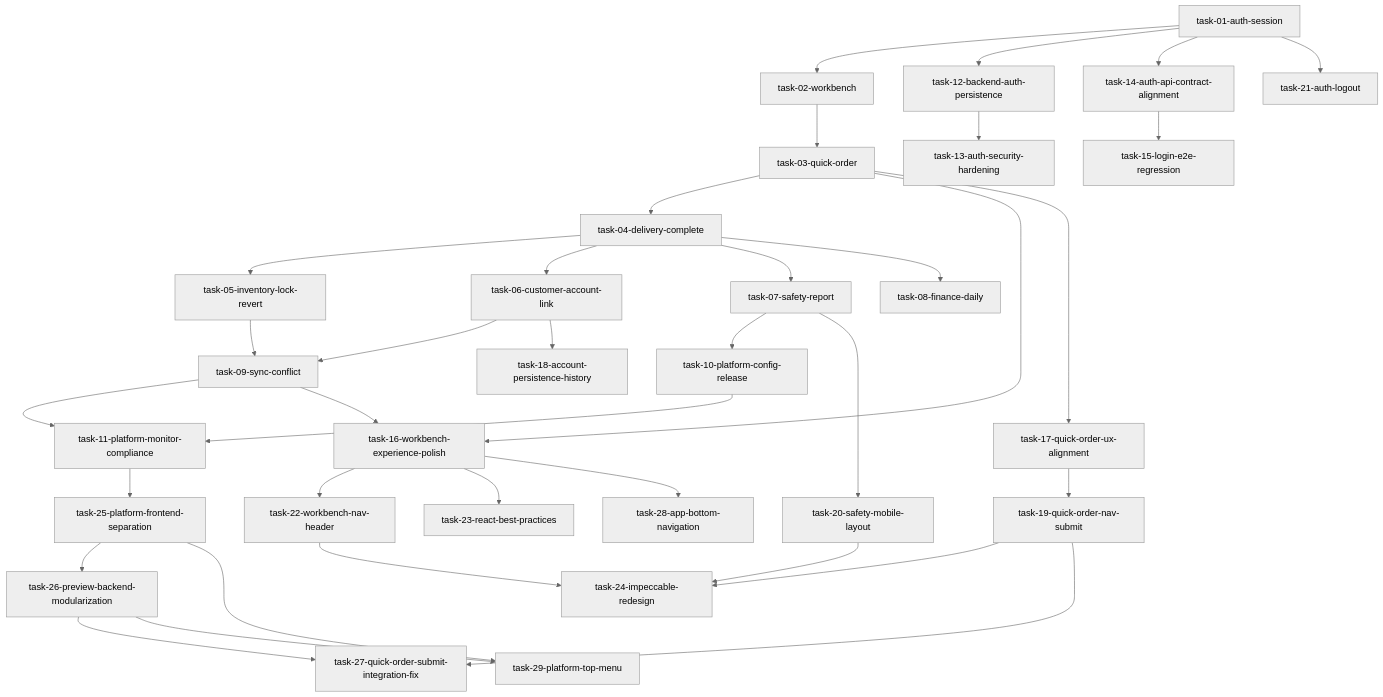
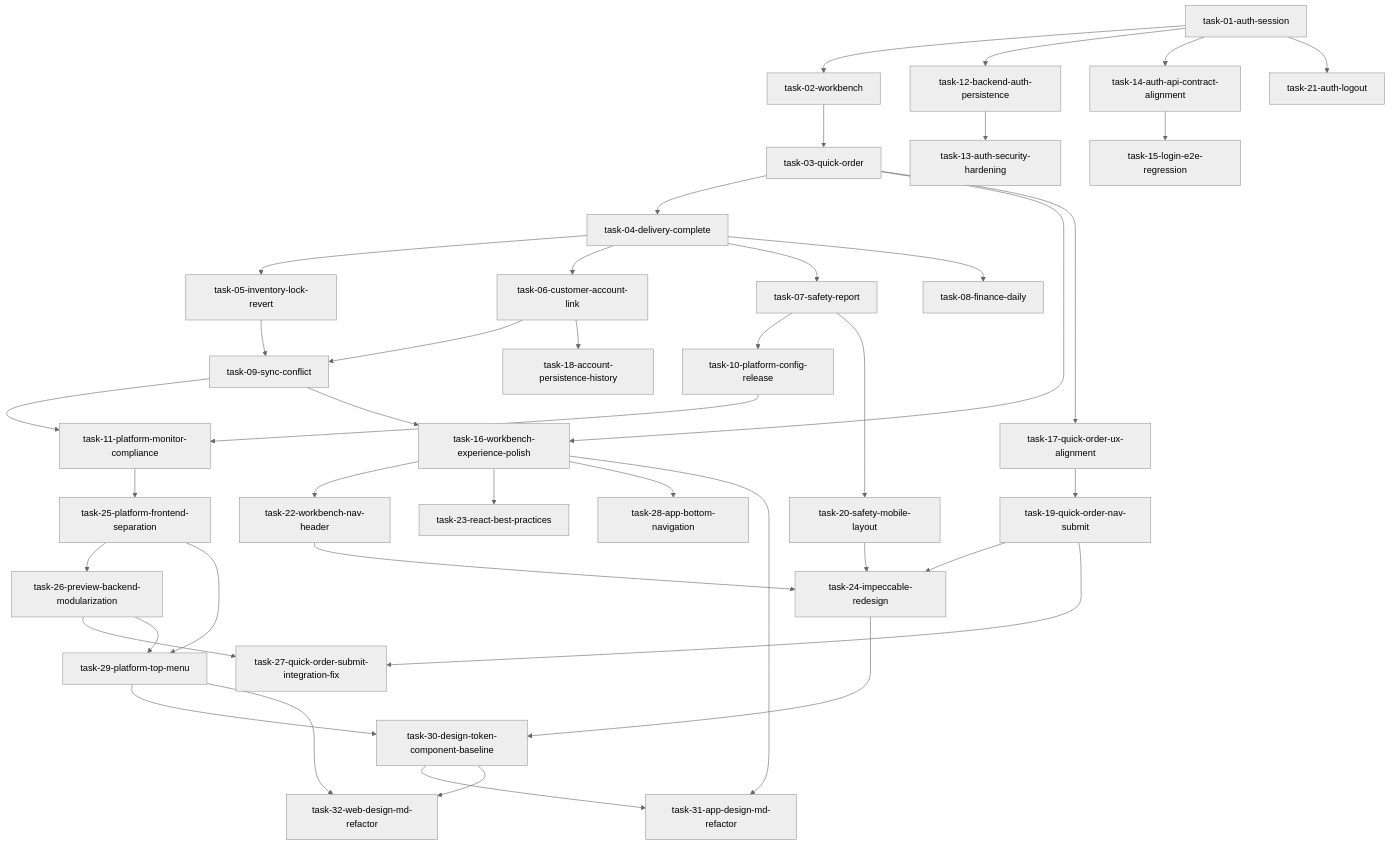
Before and after one commit to PojoZheng/lpg_gas_project: the diagram in .trellis/tasks/feature-task-map.md, drawn with Mermaid (neutral theme). The commit also changed other lines of this file and 3 other files, not shown here.

First line of the commit message:
feat(tasks): add DESIGN.md-driven UI refactor task set

````diff
--- a/.trellis/tasks/feature-task-map.md
+++ b/.trellis/tasks/feature-task-map.md
@@ -30,38 +33,44 @@
 ```mermaid
 flowchart TD
 t01[task-01-auth-session] --> t02[task-02-workbench]
 t02 --> t03[task-03-quick-order]
 t03 --> t04[task-04-delivery-complete]
 t04 --> t05[task-05-inventory-lock-revert]
 t04 --> t06[task-06-customer-account-link]
 t04 --> t07[task-07-safety-report]
 t04 --> t08[task-08-finance-daily]
 t05 --> t09[task-09-sync-conflict]
 t06 --> t09
 t07 --> t10[task-10-platform-config-release]
 t09 --> t11[task-11-platform-monitor-compliance]
 t10 --> t11
 t01 --> t12[task-12-backend-auth-persistence]
 t12 --> t13[task-13-auth-security-hardening]
 t01 --> t14[task-14-auth-api-contract-alignment]
 t14 --> t15[task-15-login-e2e-regression]
 t03 --> t16[task-16-workbench-experience-polish]
 t09 --> t16
 t03 --> t17[task-17-quick-order-ux-alignment]
 t06 --> t18[task-18-account-persistence-history]
 t17 --> t19[task-19-quick-order-nav-submit]
 t07 --> t20[task-20-safety-mobile-layout]
 t01 --> t21[task-21-auth-logout]
 t16 --> t22[task-22-workbench-nav-header]
 t16 --> t23[task-23-react-best-practices]
 t19 --> t24[task-24-impeccable-redesign]
 t20 --> t24
 t22 --> t24
 t11 --> t25[task-25-platform-frontend-separation]
 t25 --> t26[task-26-preview-backend-modularization]
 t19 --> t27[task-27-quick-order-submit-integration-fix]
 t26 --> t27
 t16 --> t28[task-28-app-bottom-navigation]
 t25 --> t29[task-29-platform-top-menu]
 t26 --> t29
+t24 --> t30[task-30-design-token-component-baseline]
+t29 --> t30
+t16 --> t31[task-31-app-design-md-refactor]
+t30 --> t31
+t29 --> t32[task-32-web-design-md-refactor]
+t30 --> t32
 ```
````
